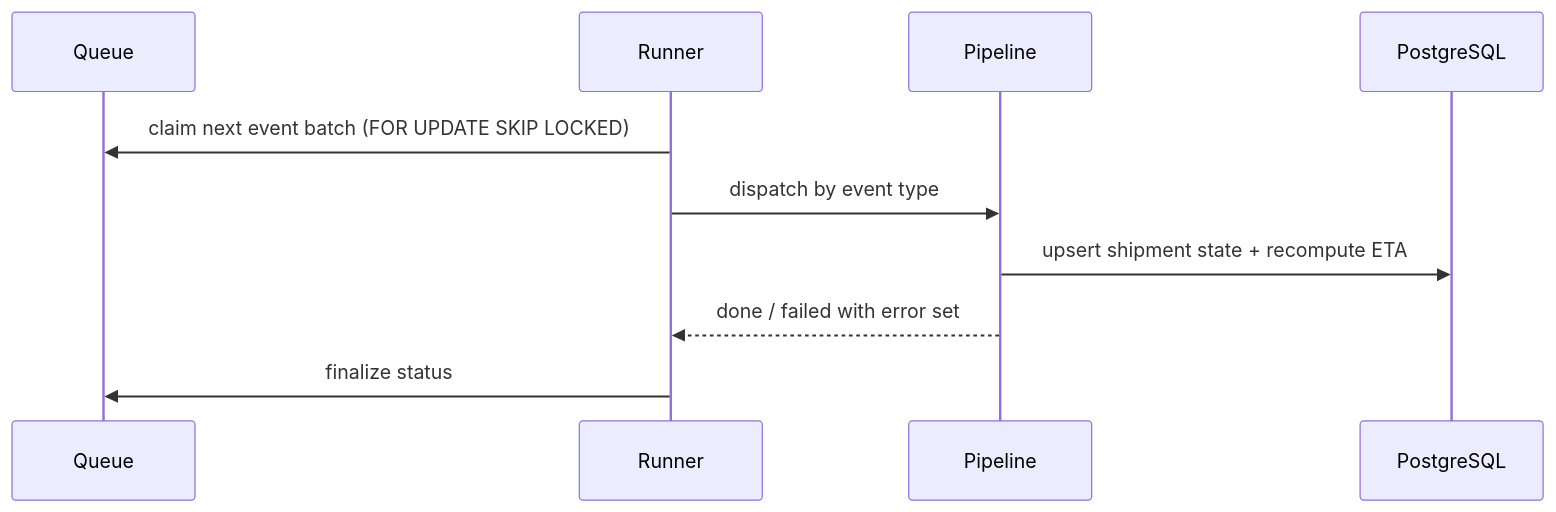
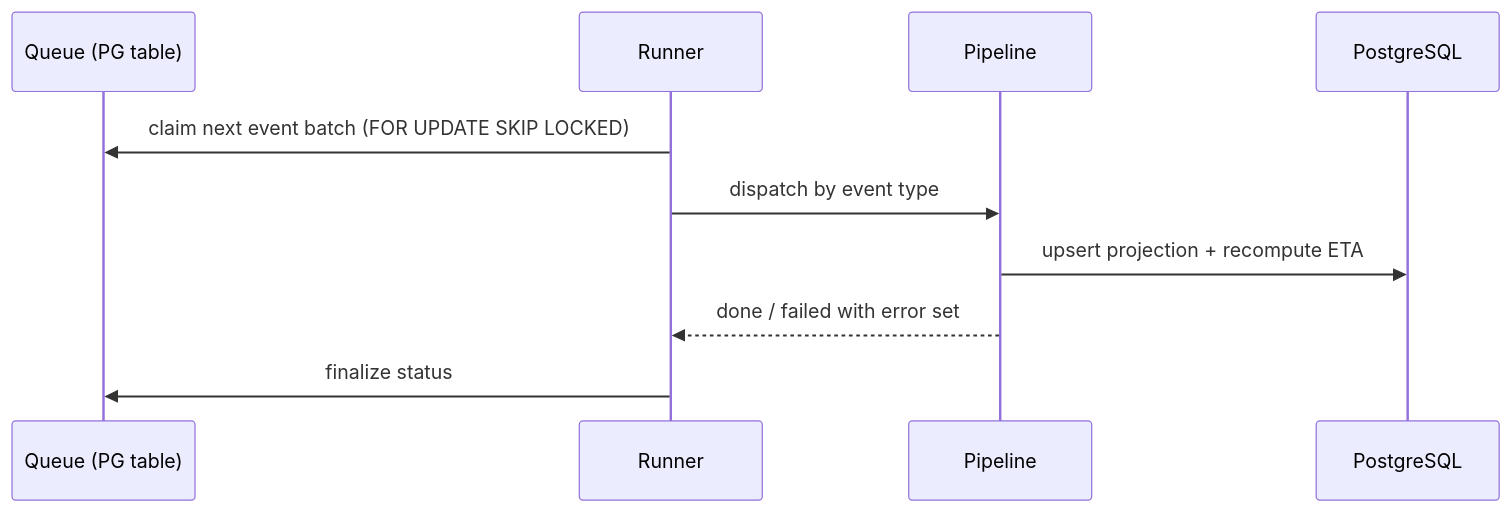
One commit to Nyarducks/DesignDoc changed the diagram in docs/example/medium/worker/design/README.md. Above: the diagram before and after it, drawn with Mermaid. The commit also changed other lines of this file and 21 other files, not shown here.

````diff
--- a/docs/example/medium/worker/design/README.md
+++ b/docs/example/medium/worker/design/README.md
@@ -28,13 +38,13 @@
 ```mermaid
 sequenceDiagram
-    participant Q as Queue
+    participant Q as Queue (PG table)
     participant R as Runner
     participant P as Pipeline
     participant DB as PostgreSQL
 
     R->>Q: claim next event batch (FOR UPDATE SKIP LOCKED)
     R->>P: dispatch by event type
-    P->>DB: upsert shipment state + recompute ETA
+    P->>DB: upsert projection + recompute ETA
     P-->>R: done / failed with error set
     R->>Q: finalize status
 ```
````
